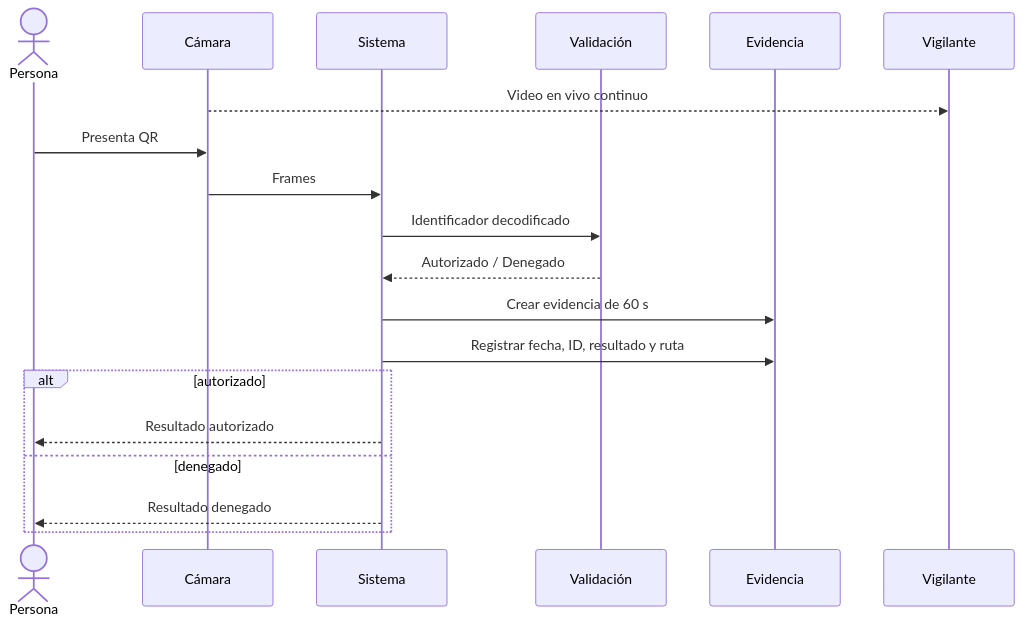
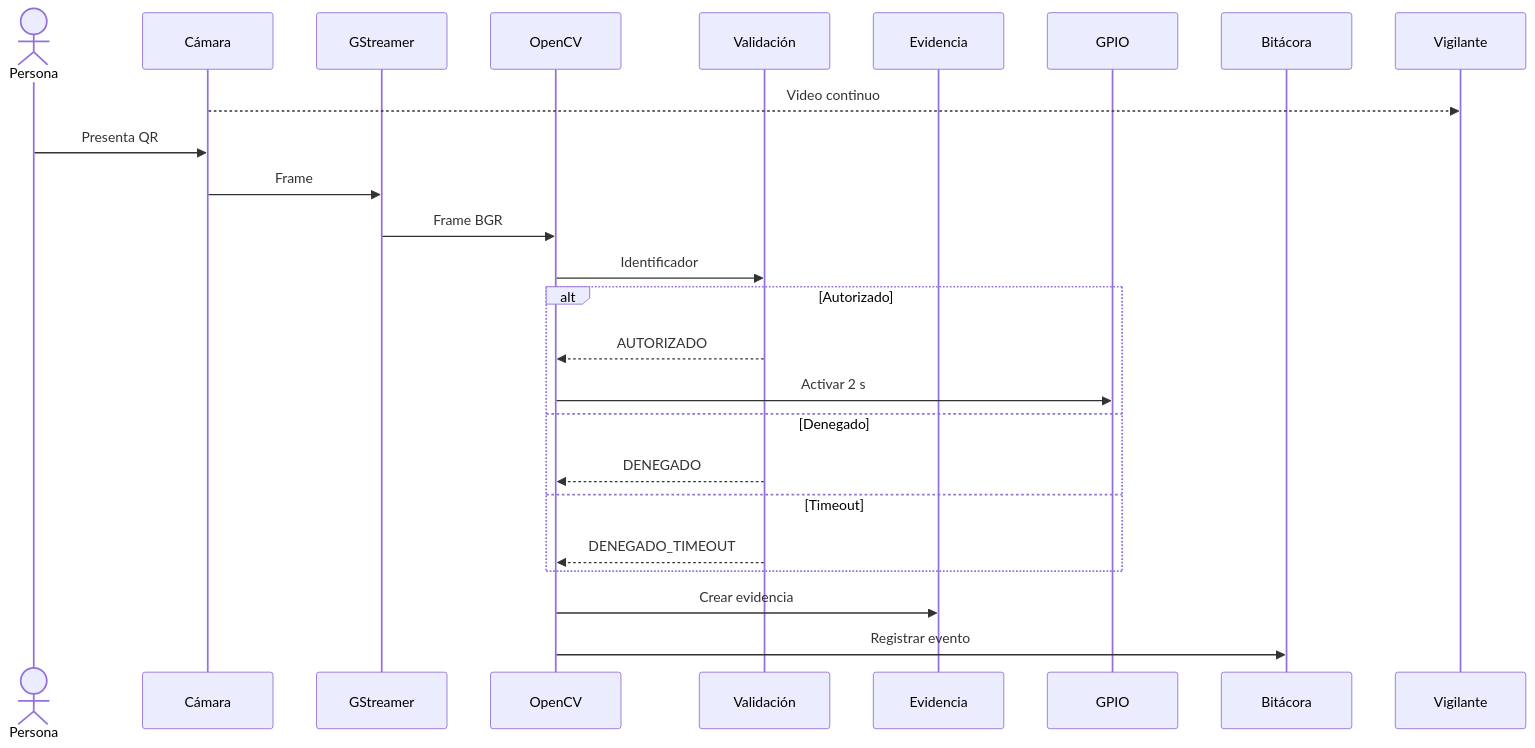
The third of 3 diagrams in docs/11_casos_de_uso.md (VeroC25/Project_1_Embebidos), drawn with Mermaid before and after one commit. The commit also changed other lines of this file, not shown here.

````diff
--- a/docs/11_casos_de_uso.md
+++ b/docs/11_casos_de_uso.md
@@ -196,22 +357,31 @@
 ```mermaid
 sequenceDiagram
     actor P as Persona
     participant C as Cámara
-    participant S as Sistema
+    participant G as GStreamer
+    participant Q as OpenCV
     participant V as Validación
     participant E as Evidencia
+    participant O as GPIO
+    participant L as Bitácora
     participant W as Vigilante
 
-    C-->>W: Video en vivo continuo
+    C-->>W: Video continuo
+
     P->>C: Presenta QR
-    C->>S: Frames
-    S->>V: Identificador decodificado
-    V-->>S: Autorizado / Denegado
-    S->>E: Crear evidencia de 60 s
-    S->>E: Registrar fecha, ID, resultado y ruta
-    alt autorizado
-        S-->>P: Resultado autorizado
-    else denegado
-        S-->>P: Resultado denegado
+    C->>G: Frame
+    G->>Q: Frame BGR
+    Q->>V: Identificador
+
+    alt Autorizado
+        V-->>Q: AUTORIZADO
+        Q->>O: Activar 2 s
+    else Denegado
+        V-->>Q: DENEGADO
+    else Timeout
+        V-->>Q: DENEGADO_TIMEOUT
     end
+
+    Q->>E: Crear evidencia
+    Q->>L: Registrar evento
 ```
````
